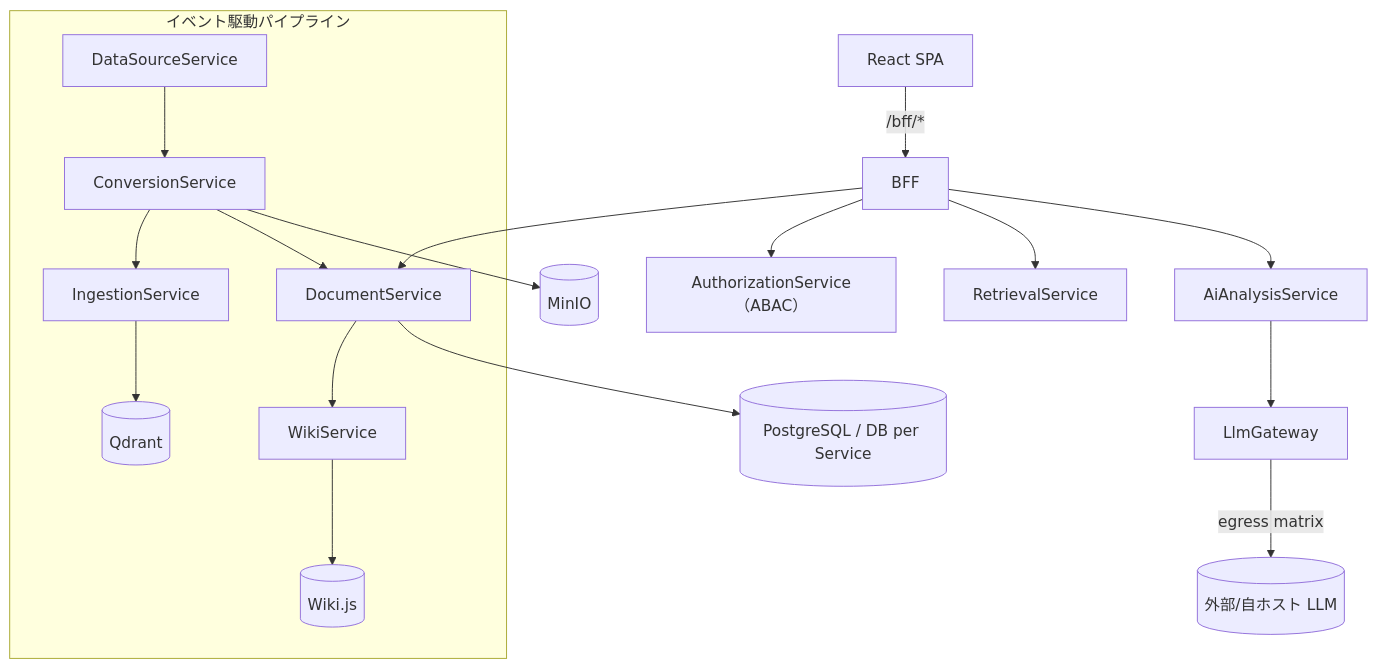
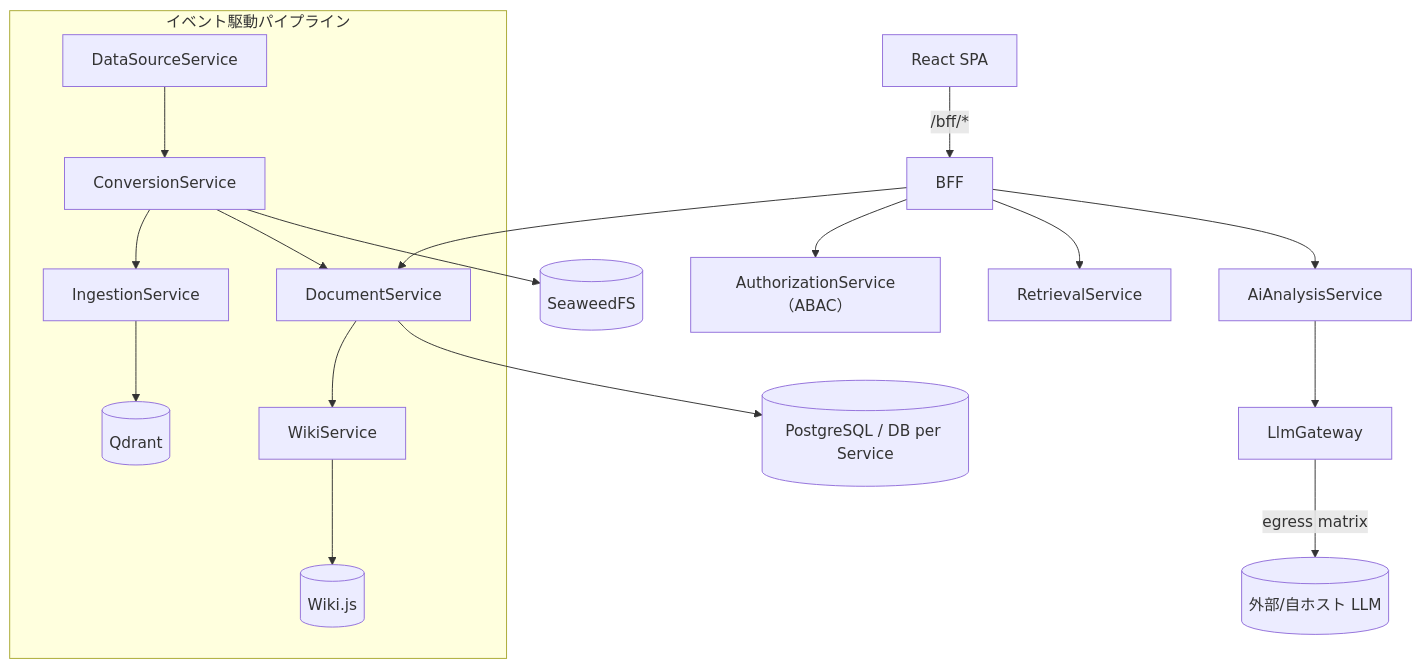
The diagram in docs/tech/tech-requirements.md (endazon/microservices-platform), drawn with Mermaid before and after one commit. The commit also changed other lines of this file and 44 other files, not shown here.

First line of the commit message:
docs(FR-06,ADR-0015,ADR-0106,IADR-0464): MinIO を指す文書・コード内コメント・単体試験の値を SeaweedFS へ追随させ、稼働クラスタの切替 Runbook を足す

````diff
--- a/docs/tech/tech-requirements.md
+++ b/docs/tech/tech-requirements.md
@@ -72,17 +72,17 @@
 ```mermaid
 flowchart TB
   SPA[React SPA] -->|/bff/*| BFF
   BFF --> AuthZ[AuthorizationService（ABAC）]
   BFF --> Doc[DocumentService]
   BFF --> Retr[RetrievalService]
   BFF --> AI[AiAnalysisService]
   subgraph Pipeline[イベント駆動パイプライン]
     DS[DataSourceService] --> Conv[ConversionService] --> Ing[IngestionService]
     Conv --> Doc
     Doc --> Wiki[WikiService] --> WikiJs[(Wiki.js)]
     Ing --> Qdrant[(Qdrant)]
   end
   Doc --> PG[(PostgreSQL / DB per Service)]
-  Conv --> MinIO[(MinIO)]
+  Conv --> OBJ[(SeaweedFS)]
   AI --> LLM[LlmGateway] -->|egress matrix| External[(外部/自ホスト LLM)]
 ```
````
